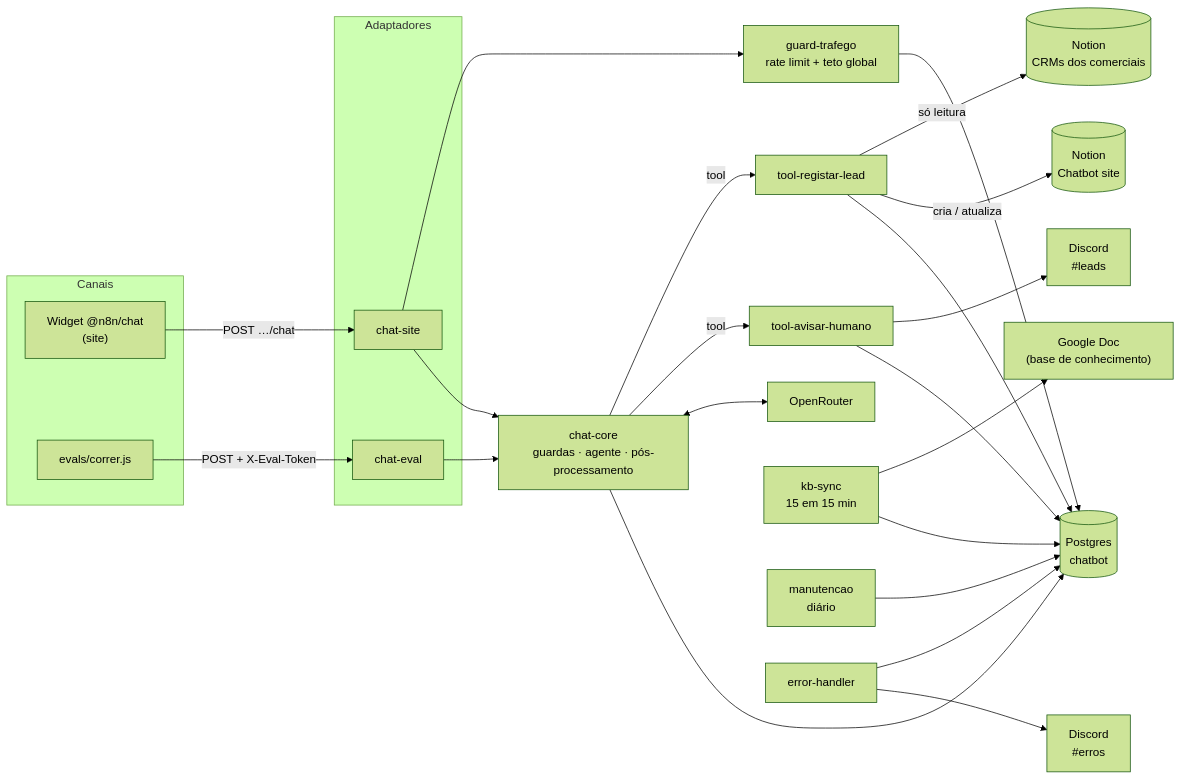
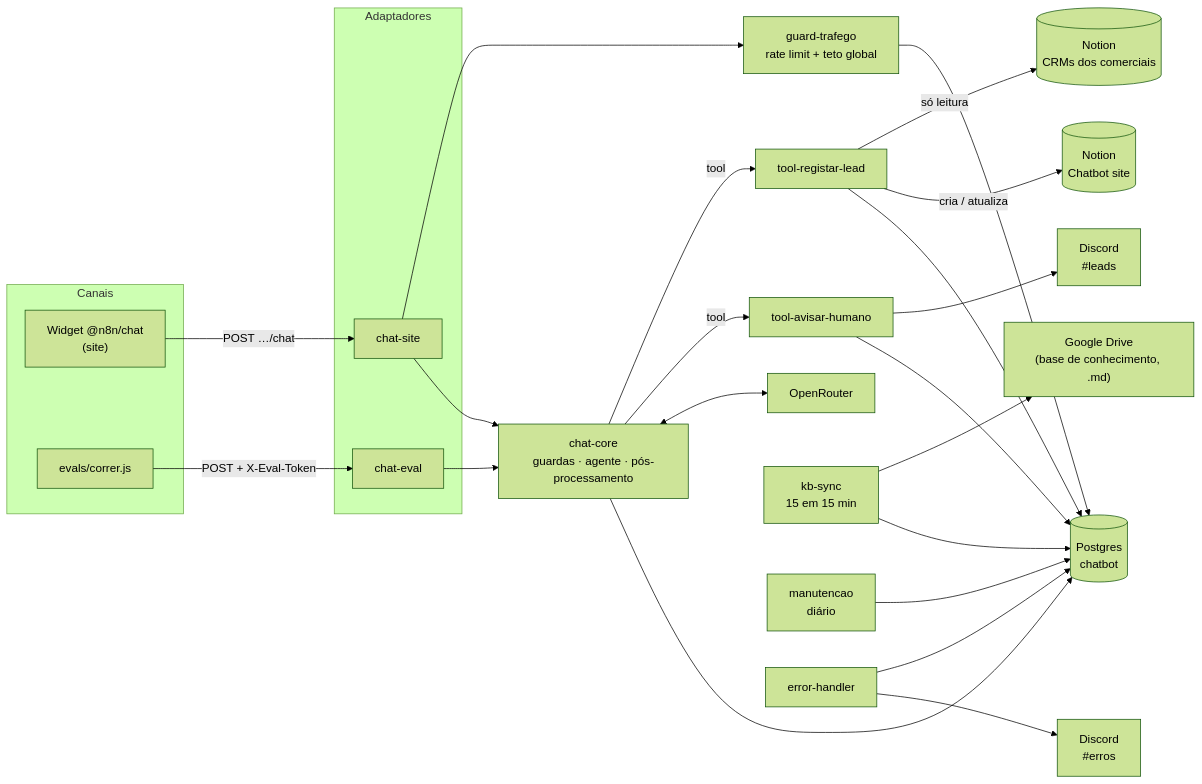
One commit to franciscoaraujo23/n8n-ai-sales-chatbot changed the first of 2 diagrams in docs/ARCHITECTURE.md. Above: the diagram before and after it, drawn with Mermaid (forest theme). The commit also changed other lines of this file and 5 other files, not shown here.

````diff
--- a/docs/ARCHITECTURE.md
+++ b/docs/ARCHITECTURE.md
@@ -9,41 +9,41 @@
 ```mermaid
 flowchart LR
   subgraph Canais
     W["Widget @n8n/chat<br/>(site)"]
     R["evals/correr.js"]
   end
 
   subgraph Adaptadores
     CS["chat-site"]
     CE["chat-eval"]
   end
 
   W -- "POST …/chat" --> CS
   R -- "POST + X-Eval-Token" --> CE
 
   CS --> GT["guard-trafego<br/>rate limit + teto global"]
   CS --> CC
   CE --> CC["chat-core<br/>guardas · agente · pós-processamento"]
 
   CC -- "tool" --> TRL["tool-registar-lead"]
   CC -- "tool" --> TAH["tool-avisar-humano"]
   CC <--> LLM["OpenRouter"]
 
   TRL -- "só leitura" --> CRM[("Notion<br/>CRMs dos comerciais")]
   TRL -- "cria / atualiza" --> NCS[("Notion<br/>Chatbot site")]
   TAH --> DL["Discord<br/>#leads"]
 
-  KB["kb-sync<br/>15 em 15 min"] --> GD["Google Doc<br/>(base de conhecimento)"]
+  KB["kb-sync<br/>15 em 15 min"] --> GD["Google Drive<br/>(base de conhecimento, .md)"]
   MAN["manutencao<br/>diário"]
 
   PG[("Postgres<br/>chatbot")]
   GT --> PG
   CC --> PG
   TRL --> PG
   TAH --> PG
   KB --> PG
   MAN --> PG
 
   EH["error-handler"] --> PG
   EH --> DE["Discord<br/>#erros"]
 ```
````
